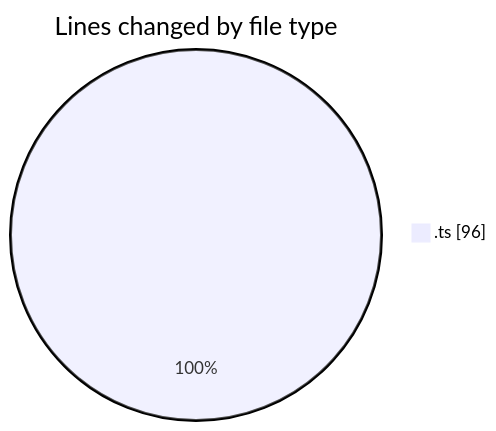
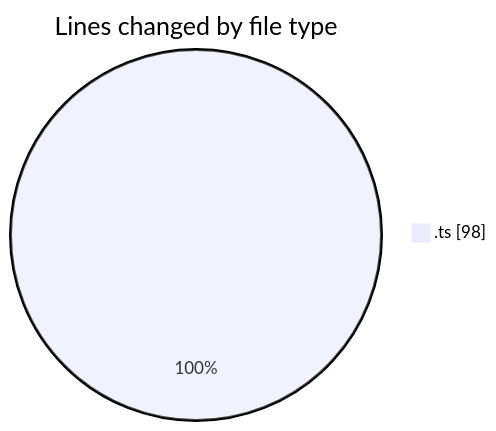
Before and after one commit to momahboobian/code-tracking: the first of 2 diagrams in 2025-05-30/cda/README.md, drawn with Mermaid. The commit also changed other lines of this file and 1 other file, not shown here.

````diff
--- a/2025-05-30/cda/README.md
+++ b/2025-05-30/cda/README.md
@@ -20,5 +20,5 @@
 ```mermaid
 pie showData
 title Lines changed by file type
-".ts" : 96
+".ts" : 98
 ```
````
